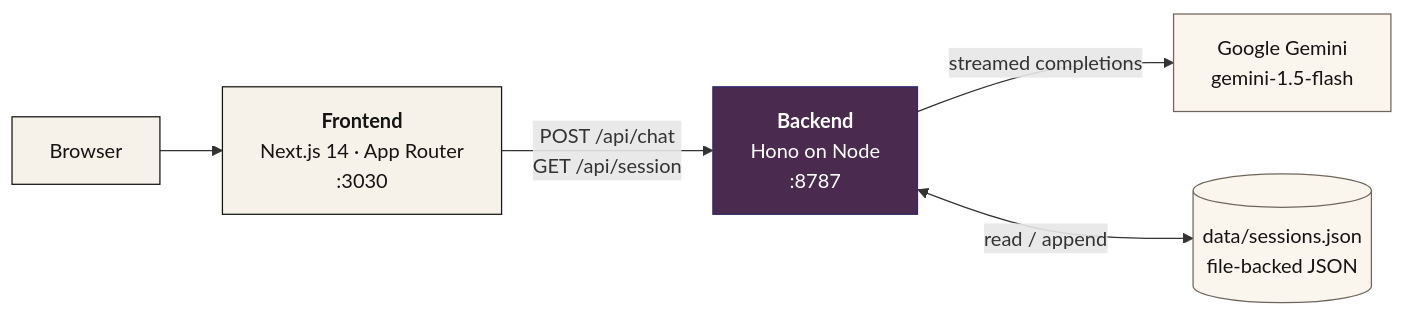
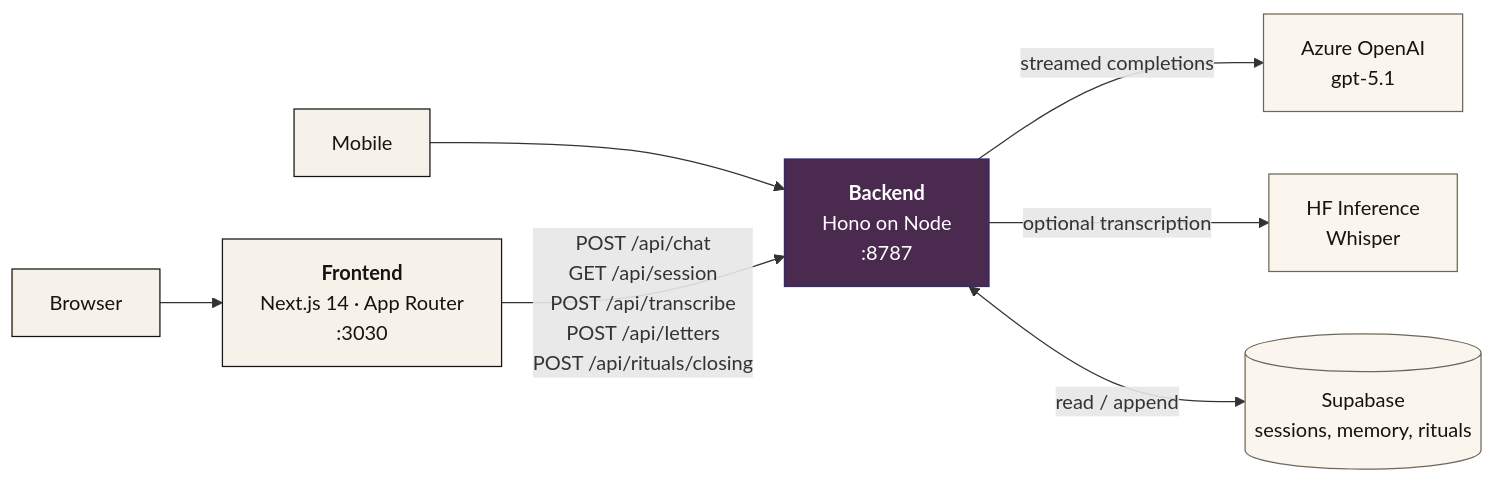
Before and after one commit to Shreyansh-Kushwaha/Vespers: the first of 2 diagrams in README.md, drawn with Mermaid. The commit also changed other lines of this file, not shown here.

Commit message:
docs(readme): comprehensive feature tour covering personas, mascot, pond and api

````diff
--- a/README.md
+++ b/README.md
@@ -80,13 +219,15 @@
 ```mermaid
 flowchart LR
     classDef paper fill:#F6F2EA,stroke:#161412,color:#161412
     classDef ink   fill:#4A2A4F,stroke:#322A6E,color:#FFFFFF
     classDef ext   fill:#FAF6EE,stroke:#6F665B,color:#161412
 
     Browser:::paper --> FE
+    Mobile:::paper --> BE
     FE[<b>Frontend</b><br/>Next.js 14 · App Router<br/>:3030]:::paper
-    FE -->|"POST /api/chat<br/>GET /api/session"| BE
+    FE -->|"POST /api/chat<br/>GET /api/session<br/>POST /api/transcribe<br/>POST /api/letters<br/>POST /api/rituals/closing"| BE
     BE[<b>Backend</b><br/>Hono on Node<br/>:8787]:::ink
-    BE -->|streamed completions| Gemini[Google Gemini<br/>gemini-1.5-flash]:::ext
-    BE <-->|read / append| Store[(data/sessions.json<br/>file-backed JSON)]:::ext
+    BE -->|streamed completions| AZ[Azure OpenAI<br/>gpt-5.1]:::ext
+    BE -->|optional transcription| HF[HF Inference<br/>Whisper]:::ext
+    BE <-->|read / append| SB[(Supabase<br/>sessions, memory, rituals)]:::ext
 ```
````
